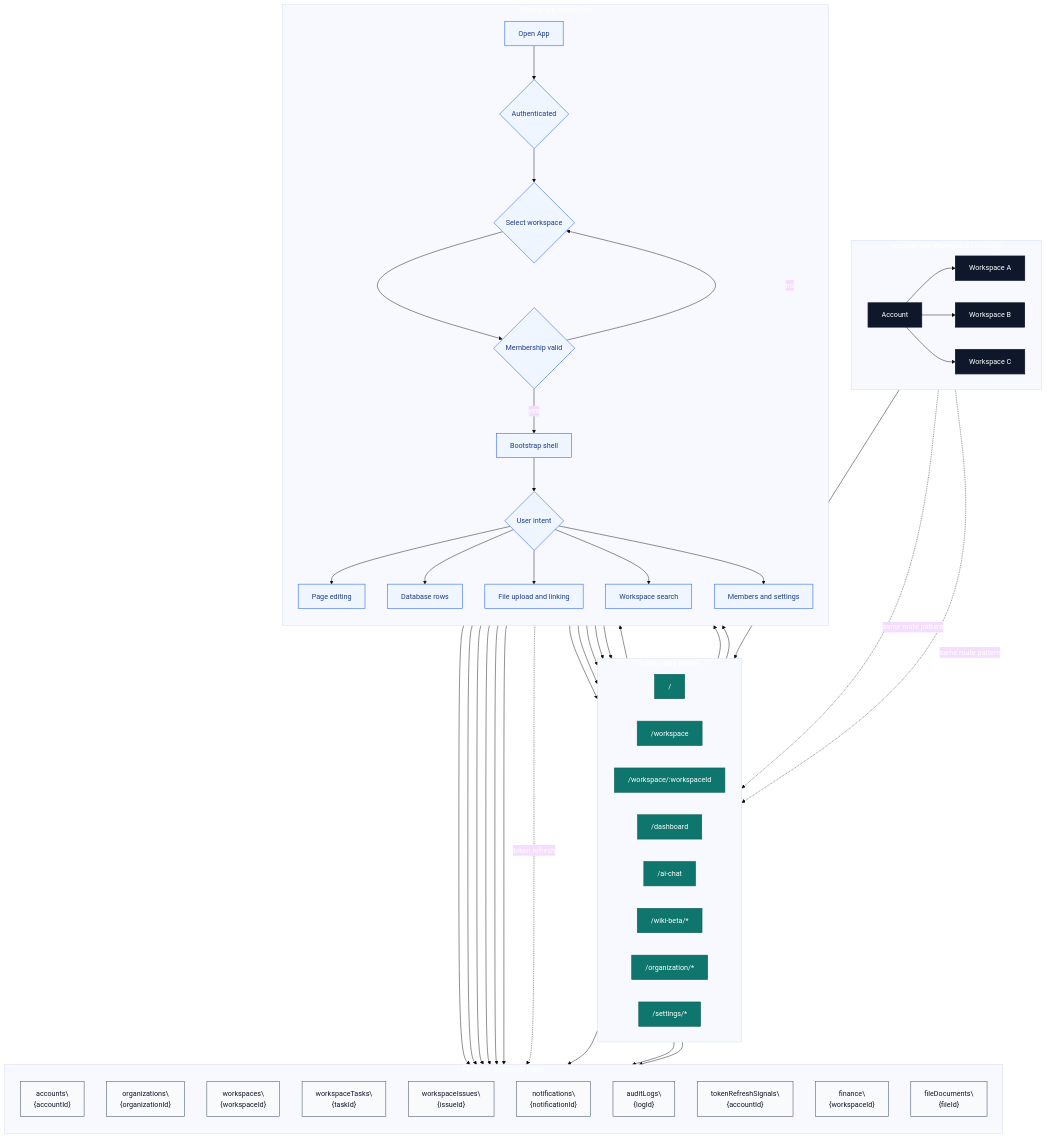
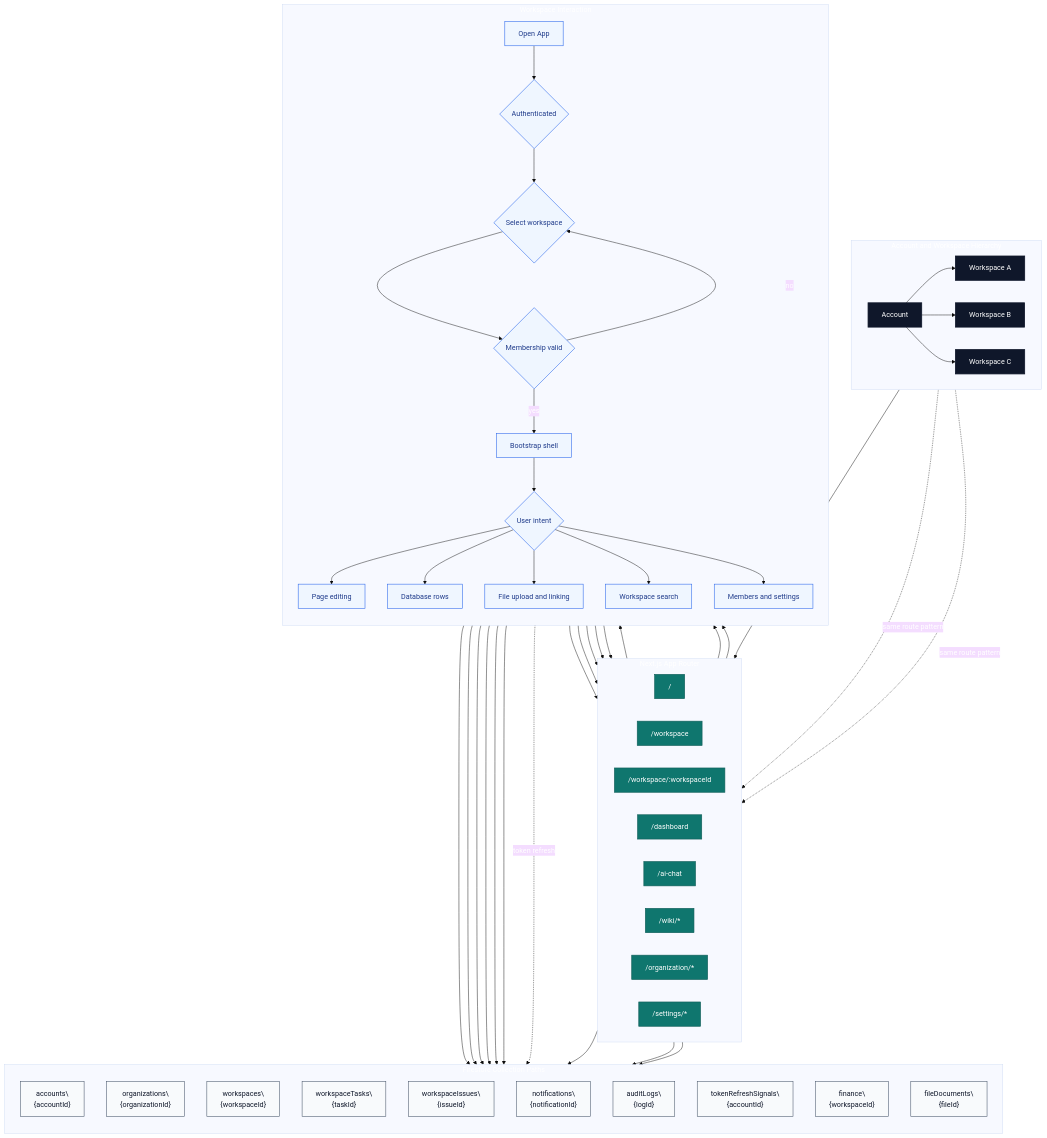
Before and after one commit to 122sp7/xuanwu-app: the diagram in docs/diagrams/workspace-interaction-flow.mermaid, drawn with Mermaid (base theme). The commit also changed 98 other files, not shown here.

First line of the commit message:
rename: wiki-beta → wiki (complete case-sensitive rename)

```diff
--- a/docs/diagrams/workspace-interaction-flow.mermaid
+++ b/docs/diagrams/workspace-interaction-flow.mermaid
@@ -1,99 +1,99 @@
 %% Xuanwu consolidated workspace map (merged)
 %% Merged sources: workspace-interaction-flow + system-multi-workspace-hierarchy + nextjs-app-router-structure + firestore-collection-path-structure
 
 flowchart TB
     subgraph AccountHierarchy[Account and Workspace Hierarchy]
         direction LR
         Account[Account]
         WA[Workspace A]
         WB[Workspace B]
         WC[Workspace C]
         Account --> WA
         Account --> WB
         Account --> WC
     end
 
     subgraph Router[Next.js App Router]
         direction LR
         PublicRoot["/"]
         WorkspaceHub["/workspace"]
         WorkspaceDetail["/workspace/:workspaceId"]
         Dashboard["/dashboard"]
         AiChat["/ai-chat"]
-        WikiBeta["/wiki-beta/*"]
+        Wiki["/wiki/*"]
         Organization["/organization/*"]
         Settings["/settings/*"]
     end
 
     subgraph CoreInteraction[Workspace Interaction]
         direction TB
         Start[Open App]
         Auth{Authenticated}
         SelectWorkspace{Select workspace}
         Membership{Membership valid}
         Shell[Bootstrap shell]
         Intent{User intent}
         PageFlow[Page editing]
         DatabaseFlow[Database rows]
         FileFlow[File upload and linking]
         SearchFlow[Workspace search]
         AdminFlow[Members and settings]
 
         Start --> Auth --> SelectWorkspace --> Membership
         Membership -->|yes| Shell --> Intent
         Membership -->|no| SelectWorkspace
         Intent --> PageFlow
         Intent --> DatabaseFlow
         Intent --> FileFlow
         Intent --> SearchFlow
         Intent --> AdminFlow
     end
 
     subgraph FirestoreCollections[Firestore Collection Paths]
         direction TB
         Accounts["accounts\\n{accountId}"]
         Organizations["organizations\\n{organizationId}"]
         Workspaces["workspaces\\n{workspaceId}"]
         WorkspaceTasks["workspaceTasks\\n{taskId}"]
         WorkspaceIssues["workspaceIssues\\n{issueId}"]
         Notifications["notifications\\n{notificationId}"]
         AuditLogs["auditLogs\\n{logId}"]
         TokenSignals["tokenRefreshSignals\\n{accountId}"]
         Finance["finance\\n{workspaceId}"]
         FileDocuments["fileDocuments\\n{fileId}"]
     end
 
     PublicRoot --> Start
     WorkspaceHub --> SelectWorkspace
     WA --> WorkspaceDetail
     WB -. same route pattern .-> WorkspaceDetail
     WC -. same route pattern .-> WorkspaceDetail
     WorkspaceDetail --> Shell
 
     Shell --> Dashboard
     Shell --> AiChat
-    Shell --> WikiBeta
+    Shell --> Wiki
     Shell --> Organization
     Shell --> Settings
 
     Shell --> Workspaces
     Shell --> WorkspaceTasks
     Shell --> WorkspaceIssues
     Shell --> Notifications
     Shell --> AuditLogs
     Shell --> FileDocuments
 
     Auth -. token refresh .-> TokenSignals
     Organization --> Organizations
     Settings --> Accounts
     Dashboard --> Finance
 
     classDef root fill:#0f172a,stroke:#0f172a,color:#ffffff,stroke-width:1.8px;
     classDef route fill:#0f766e,stroke:#115e59,color:#ffffff,stroke-width:1.4px;
     classDef flow fill:#eff6ff,stroke:#2563eb,color:#1e3a8a,stroke-width:1.2px;
     classDef data fill:#f8fafc,stroke:#475569,color:#0f172a,stroke-width:1.2px;
 
     class Account,WA,WB,WC root;
-    class PublicRoot,Dashboard,WorkspaceHub,WorkspaceDetail,AiChat,WikiBeta,Organization,Settings route;
+    class PublicRoot,Dashboard,WorkspaceHub,WorkspaceDetail,AiChat,Wiki,Organization,Settings route;
     class Start,Auth,SelectWorkspace,Membership,Shell,Intent,PageFlow,DatabaseFlow,FileFlow,SearchFlow,AdminFlow flow;
     class Accounts,Organizations,Workspaces,WorkspaceTasks,WorkspaceIssues,Notifications,AuditLogs,TokenSignals,Finance,FileDocuments data;
```
